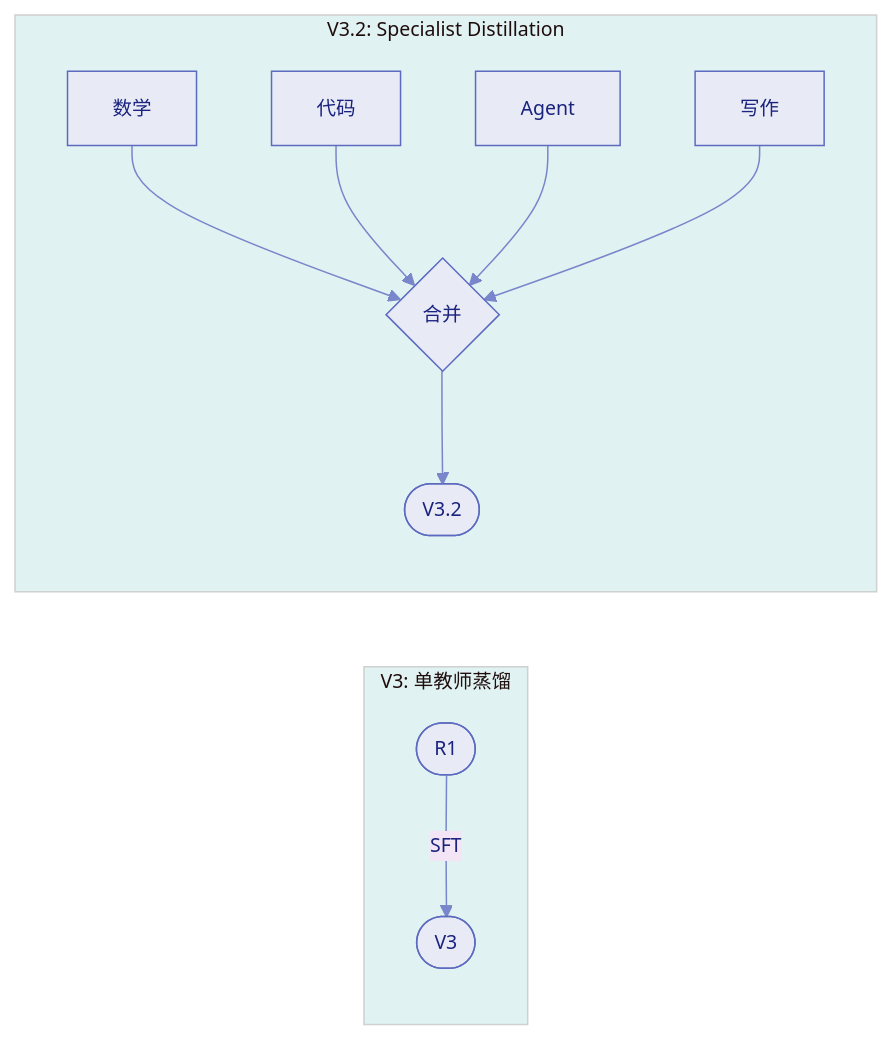
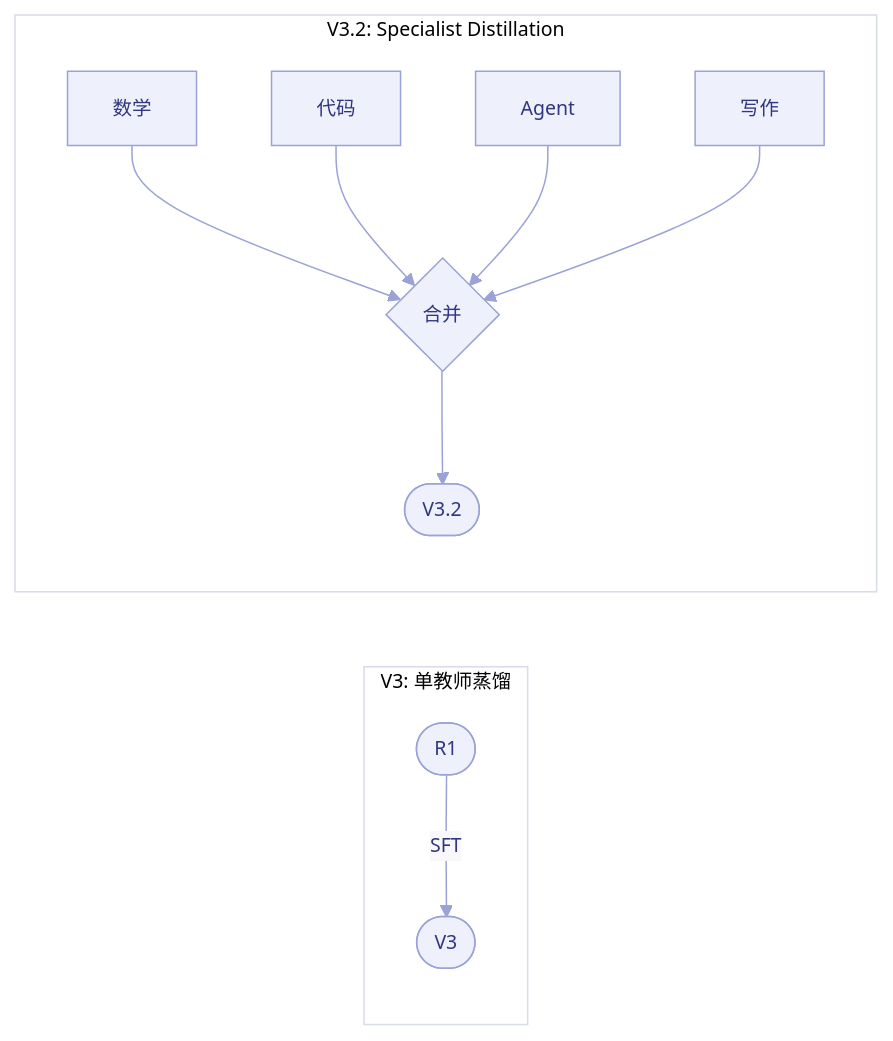
The third of 8 diagrams in docs/post-training/ch2/2.9-data-engineering.md (XavierZhang2002/agentic-rl-analysis), drawn with Mermaid before and after one commit. The commit also changed other lines of this file, not shown here.

First line of the commit message:
style: 优化 Mermaid 配色，去除灰色背景

````diff
--- a/docs/post-training/ch2/2.9-data-engineering.md
+++ b/docs/post-training/ch2/2.9-data-engineering.md
@@ -110,10 +110,10 @@
 ```mermaid
-%%{init: {'theme': 'base', 'themeVariables': {'primaryColor': '#e8eaf6', 'primaryTextColor': '#1a237e', 'primaryBorderColor': '#5c6bc0', 'lineColor': '#7986cb', 'secondaryColor': '#f3e5f5', 'tertiaryColor': '#e0f2f1', 'fontFamily': 'Noto Sans SC, sans-serif', 'fontSize': '13px'}}}%%
+%%{init: {'theme': 'base', 'themeVariables': {'primaryColor': '#eef0fb', 'primaryTextColor': '#303680', 'primaryBorderColor': '#9ba3d6', 'lineColor': '#9ba3d6', 'secondaryColor': '#f8f8fc', 'tertiaryColor': '#ffffff', 'tertiaryBorderColor': '#d8dbe8', 'fontFamily': 'Noto Sans SC, sans-serif', 'fontSize': '13px'}}}%%
 flowchart LR
     subgraph V3Path["V3: 单教师蒸馏"]
         R1(["R1"]) -->|"SFT"| V3([V3])
     end
     subgraph V32Path["V3.2: Specialist Distillation"]
         E1["数学"] & E2["代码"] & E3["Agent"] & E4["写作"] --> Merge{"合并"} --> V32([V3.2])
     end
 ```
````
